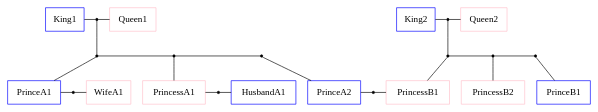
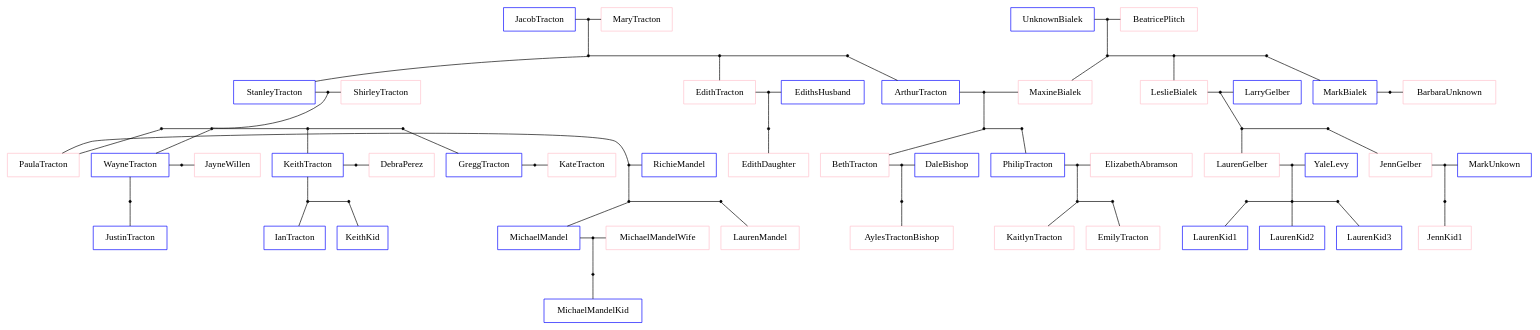
One commit to ptracton/experimental changed the diagram in graphviz/family_tree/family_tree.gv. Above: the diagram before and after it, drawn with Graphviz. The commit also changed other lines of this file, not shown here.

Commit message:
Mostly good, except Paula to Richie is weird for unknown reasons

```diff
--- a/graphviz/family_tree/family_tree.gv
+++ b/graphviz/family_tree/family_tree.gv
@@ -1,75 +1,281 @@
 digraph FamilyTree{
 	subgraph Generation0 {
 		rank = same
-		King1 [shape = box, color = blue]
-		Queen1 [shape = box, color = pink]
-		King1AndQueen1 [shape = point]
-		King1 -> King1AndQueen1 [dir = none]
-		King1AndQueen1 -> Queen1 [dir = none]
 
-		King2 [shape = box, color = blue]
-		Queen2 [shape = box, color = pink]
-		King2AndQueen2 [shape = point]
-		King2 -> King2AndQueen2 [dir = none]
-		King2AndQueen2 -> Queen2 [dir = none]				
-	}	
+		JacobTracton [shape = box, color = blue]
+		MaryTracton [shape = box, color = pink]
+		JacobTractonAndMaryTracton [shape = point]
+		JacobTracton -> JacobTractonAndMaryTracton [dir = none]
+		JacobTractonAndMaryTracton -> MaryTracton [dir = none]
+
+		UnknownBialek [shape = box, color = blue]
+		BeatricePlitch [shape = box, color = pink]
+		UnknownBialekAndBeatricePlitch [shape = point]
+		UnknownBialek -> UnknownBialekAndBeatricePlitch [dir = none]
+		UnknownBialekAndBeatricePlitch -> BeatricePlitch [dir = none]					}	
 	
 	subgraph Generation0Kids {
 		//
 		// Left to right layout of nodes and connections
 		//
 		rank = same		
-		PrinceA1Point [shape = point]		
-                PrincessA1Point [shape = point]		
-		PrinceA2Point [shape = point]
+		StanleyTractonPoint [shape = point]		
+                EdithTractonPoint [shape = point]		
+		ArthurTractonPoint [shape = point]
 
-		PrinceA1Point -> PrincessA1Point [dir = none]
-		PrincessA1Point -> PrinceA2Point [dir = none]
+		StanleyTractonPoint -> EdithTractonPoint [dir = none]
+		EdithTractonPoint -> ArthurTractonPoint [dir = none]
 		
-		PrincessB1Point [shape = point]
-		PrincessB2Point [shape = point]
-		PrinceB1Point [shape = point]
+		MaxineBialekPoint [shape = point]
+		LeslieBialekPoint [shape = point]
+		MarkBialekPoint [shape = point]
 					
-		PrincessB1Point -> PrincessB2Point [dir = none]
-		PrincessB2Point -> PrinceB1Point [dir = none]
+		MaxineBialekPoint -> LeslieBialekPoint [dir = none]
+		LeslieBialekPoint -> MarkBialekPoint [dir = none]
 
 	}
 	
 	subgraph Generation1{
 		rank = same
-		PrinceA1 [shape = box, color = blue]
-		PrinceAndWifeA1 [shape = point]
-		WifeA1 [shape = box, color = pink]
-		PrinceA1 -> PrinceAndWifeA1 [dir = none]
-		PrinceAndWifeA1 -> WifeA1 [dir = none]
+		StanleyTracton [shape = box, color = blue]
+		StanleyAndShirleyTracton [shape = point]
+		ShirleyTracton [shape = box, color = pink]
+		StanleyTracton -> StanleyAndShirleyTracton [dir = none]
+		StanleyAndShirleyTracton -> ShirleyTracton [dir = none]
 		
-		PrincessA1 [shape = box, color = pink]
-		PrinceessAndHusbandA1 [shape = point]		
-		HusbandA1 [shape = box, color = blue]
-		PrincessA1 -> PrinceessAndHusbandA1 [dir = none]
-		PrinceessAndHusbandA1 -> HusbandA1 [dir = none]
+		EdithTracton [shape = box, color = pink]
+		EdithAndEdithsHusband [shape = point]		
+		EdithsHusband [shape = box, color = blue]
+		EdithTracton -> EdithAndEdithsHusband [dir = none]
+		EdithAndEdithsHusband ->  EdithsHusband[dir = none]
 		
-		PrinceA2 [shape = box, color = blue]
-		PrinceA2AndPrincessB1 [shape = point]
-		PrinceA2 -> PrinceA2AndPrincessB1 [dir = none]
-		PrinceA2AndPrincessB1 -> PrincessB1 [dir = none]
+		ArthurTracton [shape = box, color = blue]
+		ArthurTractonAndMaxineBialek [shape = point]
+		ArthurTracton -> ArthurTractonAndMaxineBialek [dir = none]
+		ArthurTractonAndMaxineBialek -> MaxineBialek [dir = none]		
+		MaxineBialek [shape = box, color = pink]
 		
-		PrincessB1 [shape = box, color = pink]
-		PrincessB2 [shape = box, color = pink]
-		PrinceB1 [shape = box, color = blue]
+		LeslieBialek [shape = box, color = pink]
+		LeslieBialekAndLarryGelber [shape = point]
+		LarryGelber  [shape = box, color = blue]
+		LeslieBialek -> LeslieBialekAndLarryGelber [dir = none]
+		LeslieBialekAndLarryGelber -> LarryGelber [dir = none]		
+		
+		MarkBialek [shape = box, color = blue]
+		MarkBialekAndBarbaraUnknown[shape = point]
+		MarkBialek ->  MarkBialekAndBarbaraUnknown[dir = none]
+		MarkBialekAndBarbaraUnknown -> BarbaraUnknown [dir = none]		
+		BarbaraUnknown [shape = box, color = pink]		
 	}
 
+	subgraph Generation1Kids {
+	 	//
+	 	// Left to right layout of nodes and connections
+	 	//
+	 	rank = same		
+	 	PaulaTractonPoint [shape = point]
+                WayneTractonPoint [shape = point]		
+	 	KeithTractonPoint [shape = point]
+	 	GreggTractonPoint [shape = point]
+
+		PaulaTractonPoint ->WayneTractonPoint [dir =none]
+		WayneTractonPoint -> KeithTractonPoint [dir = none]
+		KeithTractonPoint -> GreggTractonPoint [dir = none]
+		
+		
+	 	EdithDaughterTractonPoint [shape = point]
+		
+	 	BethTractonPoint [shape = point]
+	 	PhilipTractonPoint [shape = point]
+		BethTractonPoint -> PhilipTractonPoint [dir = none]
+		
+		
+	 	LaurenGelberPoint [shape = point]
+	 	JennGelberPoint [shape = point]
+
+		LaurenGelberPoint -> JennGelberPoint [dir = none]		
+	}
+
+	subgraph Generation2{
+		rank = same
+		PaulaTracton [shape = box, color = pink]
+		PaulaTractonAndRichieMandel [shape = point]
+                RichieMandel [shape = box, color = blue]
+		PaulaTracton -> PaulaTractonAndRichieMandel [dir = none]
+		PaulaTractonAndRichieMandel -> RichieMandel [dir = none]
+
+                WayneTracton [shape = box, color = blue]
+		WayneTractonAndJayneWillen [shape = point]
+		JayneWillen [shape = box, color = pink]
+		WayneTracton -> WayneTractonAndJayneWillen [dir = none]	
+		WayneTractonAndJayneWillen -> JayneWillen [dir = none]	
+		
+		KeithTracton [shape = box, color = blue]
+		KeithTractonAndDebraPerez [shape = point]
+		DebraPerez [shape = box, color = pink]
+		KeithTracton -> KeithTractonAndDebraPerez [dir = none]	
+		KeithTractonAndDebraPerez -> DebraPerez [dir = none]	
+		
+		GreggTracton [shape = box, color = blue]
+		GreggTractonAndKateTracton [shape = point]
+		KateTracton [shape = box, color = pink]
+		GreggTracton -> GreggTractonAndKateTracton [dir = none]	
+		GreggTractonAndKateTracton -> KateTracton [dir = none]	
+		
+		EdithDaughter [shape = box, color = pink]
+
+		BethTracton [shape = box, color = pink]
+		BethTractonAndDaleBishop [shape = point]
+		DaleBishop [shape = box, color = blue] 
+		BethTracton -> BethTractonAndDaleBishop [dir = none]	
+		BethTractonAndDaleBishop -> DaleBishop [dir = none]	
+		
+		PhilipTracton [shape = box, color = blue]
+		PhilipTractonAndElizabethAbramson [shape = point]
+		ElizabethAbramson [shape = box, color = pink]
+		PhilipTracton -> PhilipTractonAndElizabethAbramson [dir = none]	
+		PhilipTractonAndElizabethAbramson -> ElizabethAbramson [dir = none]	
+
+		LaurenGelber [shape = box, color = pink]
+		LaurenGelberAndYaleLevy [shape = point]
+		YaleLevy [shape = box, color = blue]
+		LaurenGelber -> LaurenGelberAndYaleLevy [dir = none]	
+		LaurenGelberAndYaleLevy -> YaleLevy [dir = none]	
+		
+		JennGelber [shape = box, color = pink]
+		JennGelberAndMarkUnknown [shape = point]
+		MarkUnkown [shape = box, color = blue]
+		JennGelber -> JennGelberAndMarkUnknown[dir = none]	
+		JennGelberAndMarkUnknown -> MarkUnkown [dir = none]	
+	}
+
+	subgraph Generation2Kids {
+	 	//
+	 	// Left to right layout of nodes and connections
+	 	//
+	 	rank = same		
+	 	MichaelMandelPoint [shape = point]
+		LaurenMandelPoint [shape = point]
+		MichaelMandelPoint -> LaurenMandelPoint [dir = none]
+		
+		JustinTractonPoint [shape = point]
+
+		IanTractonPoint [shape = point]
+		KeithKidPoint [shape = point]
+		IanTractonPoint -> KeithKidPoint [dir = none]
+
+		AylesTractonBishopPoint [shape = point]
+
+		KaitlynTractonPoint [shape = point]
+		EmilyTractonPoint [shape = point]
+		KaitlynTractonPoint -> EmilyTractonPoint [dir = none]		
+
+		LaurenKid1Point [shape = point]
+		LaurenKid2Point [shape = point]
+		LaurenKid3Point [shape = point]
+		LaurenKid1Point -> LaurenKid2Point [dir = none]
+		LaurenKid2Point -> LaurenKid3Point [dir = none]		 
+
+		JennKid1Point [shape =point]
+	}
+
+	subgraph Generation3{
+		rank = same
+		MichaelMandel [shape = box, color = blue]
+		MichaelMandelAndWife [shape = point]
+		MichaelMandelWife [shape = box, color = pink]
+		MichaelMandel -> MichaelMandelAndWife [dir = none]
+		MichaelMandelAndWife -> MichaelMandelWife [dir = none]
+		
+		LaurenMandel [shape = box, color = pink]
+
+		JustinTracton [shape = box, color = blue]
+
+		IanTracton [shape = box, color = blue]
+		KeithKid [shape = box, color = blue]
+
+		AylesTractonBishop [shape = box, color = pink]
+
+		KaitlynTracton [shape = box, color = pink]
+		EmilyTracton [shape = box, color = pink]
+
+		LaurenKid1 [shape = box, color = blue]
+		LaurenKid2 [shape = box, color = blue]
+		LaurenKid3 [shape = box, color = blue]
+		
+		JennKid1 [shape = box, color = pink]
+        }
+
+	subgraph Generation3Kids {
+	 	//
+	 	// Left to right layout of nodes and connections
+	 	//
+	 	rank = same		
+	 	MichaelMandelKidPoint [shape = point]
+	}
+
+	subgraph Generation4{
+		MichaelMandelKid [shape = box, color = blue]
+        }
+	
 	//
 	// Top to bottom connections of nodes
 	//
-	King1AndQueen1 -> PrinceA1Point [dir = none]	
-	King2AndQueen2 -> PrincessB1Point [dir = none]	
+	JacobTractonAndMaryTracton -> StanleyTractonPoint [dir = none]	
+	UnknownBialekAndBeatricePlitch -> MaxineBialekPoint [dir = none]	
 
-	PrinceA1 -> PrinceA1Point [dir = none]	
-	PrincessA1 -> PrincessA1Point [dir = none]
-	PrinceA2Point -> PrinceA2 [dir = none]
+	StanleyTracton -> StanleyTractonPoint [dir = none]	
+	EdithTracton -> EdithTractonPoint [dir = none]
+	ArthurTractonPoint -> ArthurTracton [dir = none]
 
-	PrincessB1 -> PrincessB1Point [dir = none]	
-	PrincessB2 -> PrincessB2Point [dir = none]
-	PrinceB1 -> PrinceB1Point [dir = none]	
+	MaxineBialek -> MaxineBialekPoint [dir = none]	
+	LeslieBialek -> LeslieBialekPoint [dir = none]
+	MarkBialek -> MarkBialekPoint [dir = none]
+
+	StanleyAndShirleyTracton -> WayneTractonPoint [dir = none]
+	PaulaTractonPoint -> PaulaTracton [dir = none]
+	WayneTractonPoint -> WayneTracton [dir = none]
+	KeithTractonPoint -> KeithTracton [dir = none]
+	GreggTractonPoint -> GreggTracton [dir = none]
+
+	EdithAndEdithsHusband -> EdithDaughterTractonPoint [dir= none]
+	EdithDaughter -> EdithDaughterTractonPoint [dir = none]
+	
+	ArthurTractonAndMaxineBialek-> BethTractonPoint [dir = none]
+	BethTractonPoint -> BethTracton [dir = none]
+	PhilipTractonPoint -> PhilipTracton [dir = none]
+
+	LeslieBialekAndLarryGelber -> LaurenGelberPoint [dir = none]
+	LaurenGelberPoint -> LaurenGelber [dir = none]
+	JennGelberPoint -> JennGelber [dir = none]
+
+	PaulaTractonAndRichieMandel -> MichaelMandelPoint [dir = none]
+	MichaelMandelPoint -> MichaelMandel [dir = none]
+	LaurenMandelPoint -> LaurenMandel [dir = none]
+
+	WayneTracton -> JustinTractonPoint [dir = none]
+	JustinTractonPoint -> JustinTracton [dir = none]
+
+	KeithTracton -> IanTractonPoint [dir = none]
+	IanTractonPoint -> IanTracton [dir = none]
+	KeithKidPoint -> KeithKid [dir = none]
+	
+	BethTractonAndDaleBishop -> AylesTractonBishopPoint [dir = none]
+	AylesTractonBishopPoint -> AylesTractonBishop [dir = none]
+
+	PhilipTractonAndElizabethAbramson -> KaitlynTractonPoint [dir =none]
+	KaitlynTractonPoint -> KaitlynTracton [dir = none]
+	EmilyTractonPoint -> EmilyTracton [dir = none]
+
+	LaurenGelberAndYaleLevy -> LaurenKid2Point [dir = none]
+	LaurenKid1Point -> LaurenKid1 [dir = none]
+	LaurenKid2Point -> LaurenKid2 [dir = none]
+	LaurenKid3Point -> LaurenKid3 [dir = none]
+
+	JennGelberAndMarkUnknown -> JennKid1Point[ dir = none]
+	JennKid1Point -> JennKid1 [dir = none]
+
+	MichaelMandelAndWife -> MichaelMandelKidPoint [dir =  none]
+	MichaelMandelKidPoint -> MichaelMandelKid [dir = none]
+
 }
```
